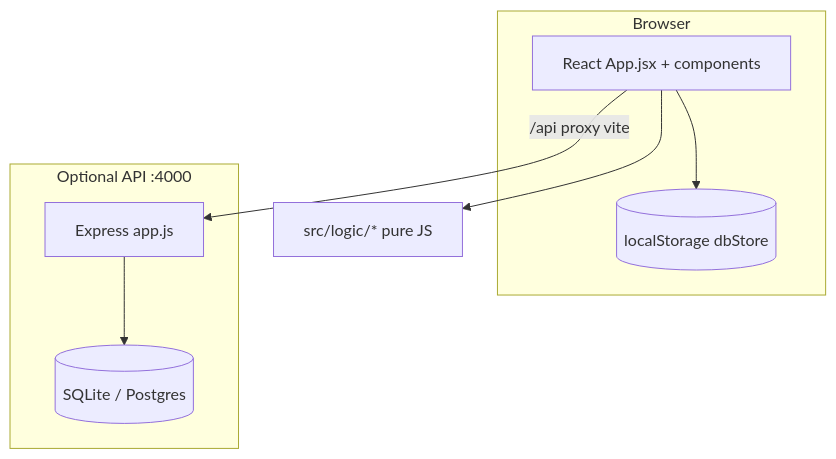
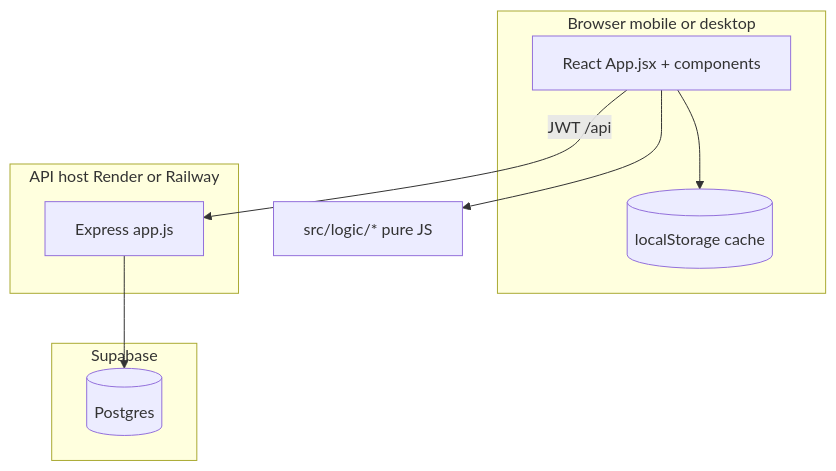
Before and after one commit to anbui1510/lichkhoa-webapp: the diagram in docs/specs/00-ARCHITECTURE.md, drawn with Mermaid. The commit also changed other lines of this file and 20 other files, not shown here.

First line of the commit message:
F-303: Sync lịch qua Postgres Supabase (mobile + desktop)

````diff
--- a/docs/specs/00-ARCHITECTURE.md
+++ b/docs/specs/00-ARCHITECTURE.md
@@ -5,16 +5,18 @@
 ```mermaid
 flowchart TB
-  subgraph browser [Browser]
+  subgraph browser [Browser mobile or desktop]
     UI[React App.jsx + components]
-    Store[(localStorage dbStore)]
-    UI --> Store
+    Cache[(localStorage cache)]
+    UI --> Cache
   end
-  subgraph optional [Optional API :4000]
+  subgraph apiHost [API host Render or Railway]
     API[Express app.js]
-    Prisma[(SQLite / Postgres)]
-    API --> Prisma
   end
-  UI -->|"/api proxy vite"| API
+  subgraph supabase [Supabase]
+    PG[(Postgres)]
+  end
+  UI -->|"JWT /api"| API
+  API --> PG
   Logic[src/logic/* pure JS]
   UI --> Logic
 ```
````
